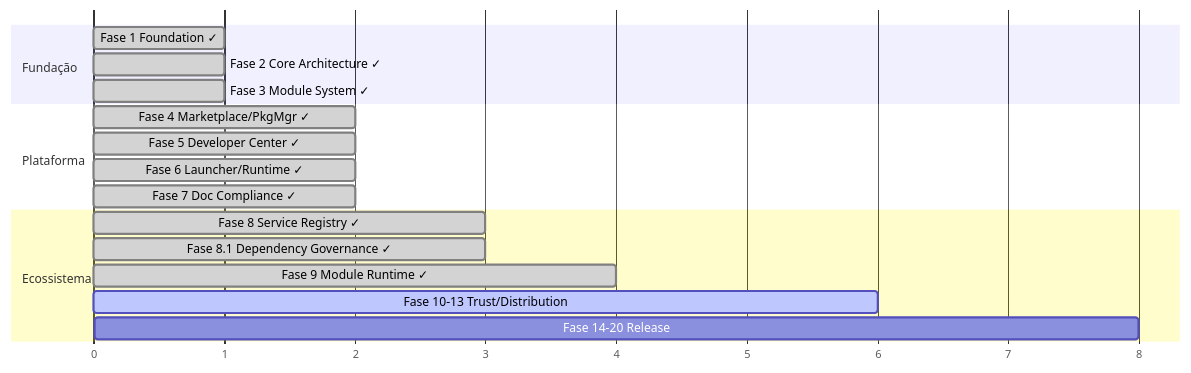
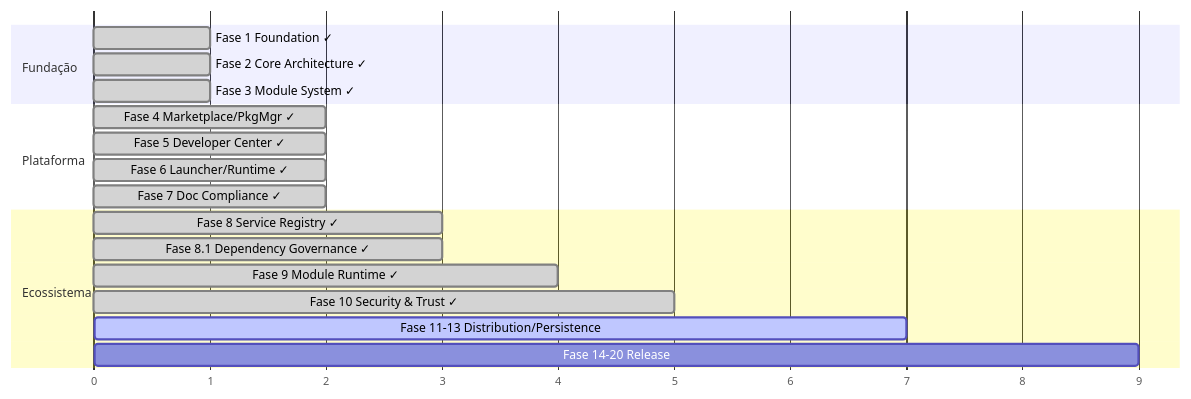
Before and after one commit to julianscunha/Tech.Forge: the third of 3 diagrams in README.md, drawn with Mermaid. The commit also changed other lines of this file and 2 other files, not shown here.

Commit message:
docs: Fase 10 fechada — relatorio final, phase-audit.md, README roadmap
tasks/phase-10-report.md: relatorio completo das 8 slices, decisoes
arquiteturais, 2 bugs reais encontrados e corrigidos durante a fase
(update() nao regravava integrity.json; GET /modules/trust colidia com
rota generica /modules/{id}), Known Issues (TRUSTED inalcancavel sem
assinatura real, sign-module/verify-signature nao implementados,
quarentena fisica fora de escopo).

phase-audit.md: Fase 10 fechada (era rudimentar).
README.md: roadmap atualizado, Fase 10 concluida.

````diff
--- a/README.md
+++ b/README.md
@@ -293,20 +293,21 @@
 ```mermaid
 gantt
     dateFormat X
     axisFormat %s
     section Fundação
     Fase 1 Foundation ✓         :done, 0, 1
     Fase 2 Core Architecture ✓  :done, 0, 1
     Fase 3 Module System ✓      :done, 0, 1
     section Plataforma
     Fase 4 Marketplace/PkgMgr ✓ :done, 1, 2
     Fase 5 Developer Center ✓   :done, 1, 2
     Fase 6 Launcher/Runtime ✓   :done, 1, 2
     Fase 7 Doc Compliance ✓     :done, 1, 2
     section Ecossistema
     Fase 8 Service Registry ✓          :done, 2, 3
     Fase 8.1 Dependency Governance ✓   :done, 2, 3
     Fase 9 Module Runtime ✓             :done, 3, 4
-    Fase 10-13 Trust/Distribution        :active, 4, 6
-    Fase 14-20 Release                  :6, 8
+    Fase 10 Security & Trust ✓          :done, 4, 5
+    Fase 11-13 Distribution/Persistence :active, 5, 7
+    Fase 14-20 Release                  :7, 9
 ```
````
